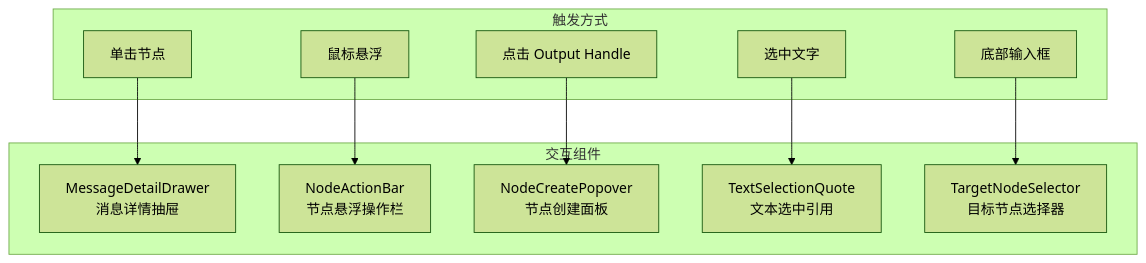
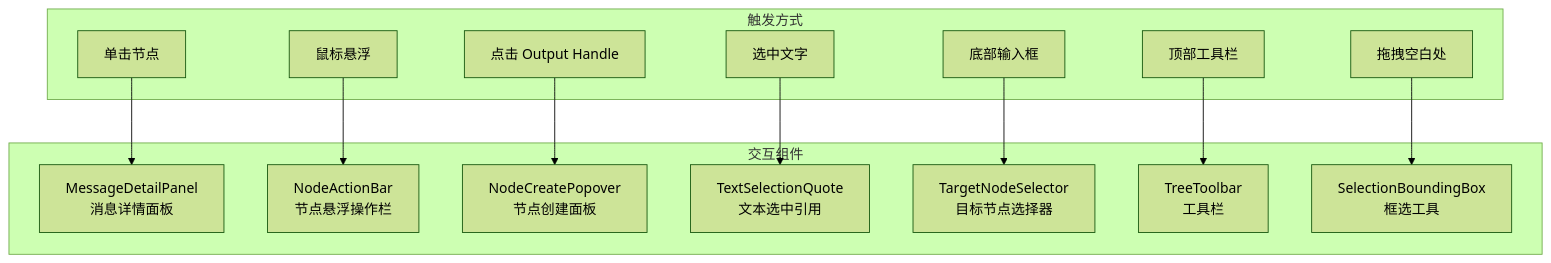
The eighth of 11 diagrams in 架构图（V1）.md (NTOM/chatbox_gitLine), drawn with Mermaid (forest theme) before and after one commit. The commit also changed other lines of this file and 43 other files, not shown here.

````diff
--- a/架构图（V1）.md
+++ b/架构图（V1）.md
@@ -580,18 +582,22 @@
 ```mermaid
 graph TB
     subgraph InteractionComponents[交互组件]
-        MDD[MessageDetailDrawer<br/>消息详情抽屉]
+        MDP[MessageDetailPanel<br/>消息详情面板]
         NAB[NodeActionBar<br/>节点悬浮操作栏]
         NCP[NodeCreatePopover<br/>节点创建面板]
         TSQ[TextSelectionQuote<br/>文本选中引用]
         TNS[TargetNodeSelector<br/>目标节点选择器]
+        TTB[TreeToolbar<br/>工具栏]
+        SBB[SelectionBoundingBox<br/>框选工具]
     end
     
     subgraph Triggers[触发方式]
-        T1[单击节点] --> MDD
+        T1[单击节点] --> MDP
         T2[鼠标悬浮] --> NAB
         T3[点击 Output Handle] --> NCP
         T4[选中文字] --> TSQ
         T5[底部输入框] --> TNS
+        T6[顶部工具栏] --> TTB
+        T7[拖拽空白处] --> SBB
     end
 ```
````
